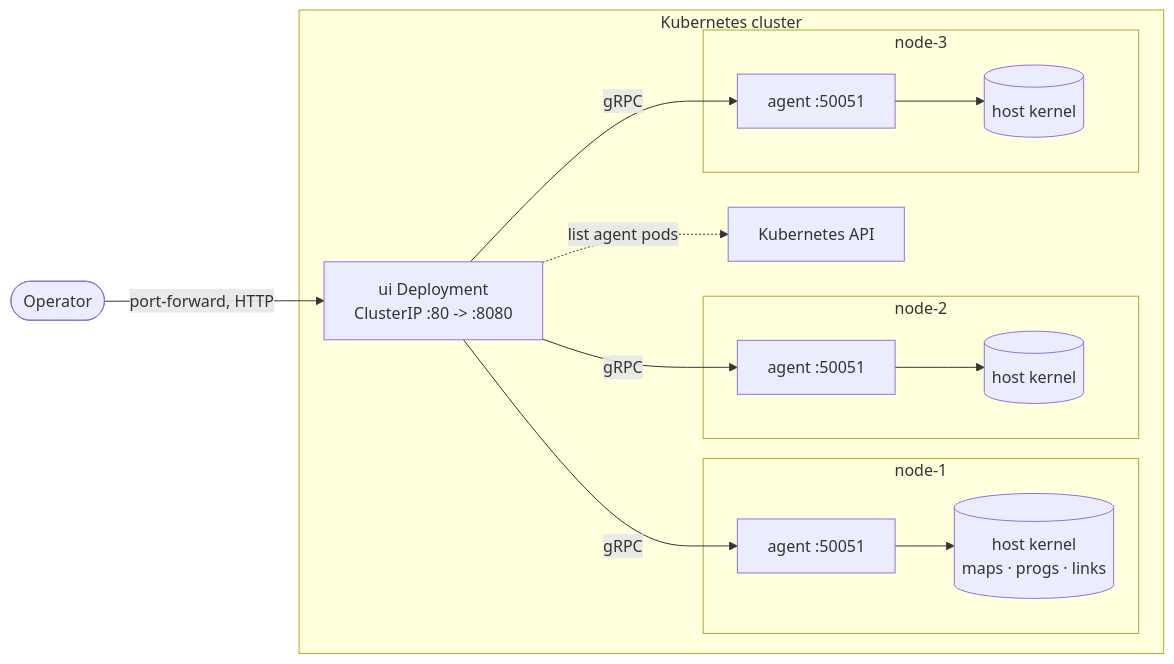
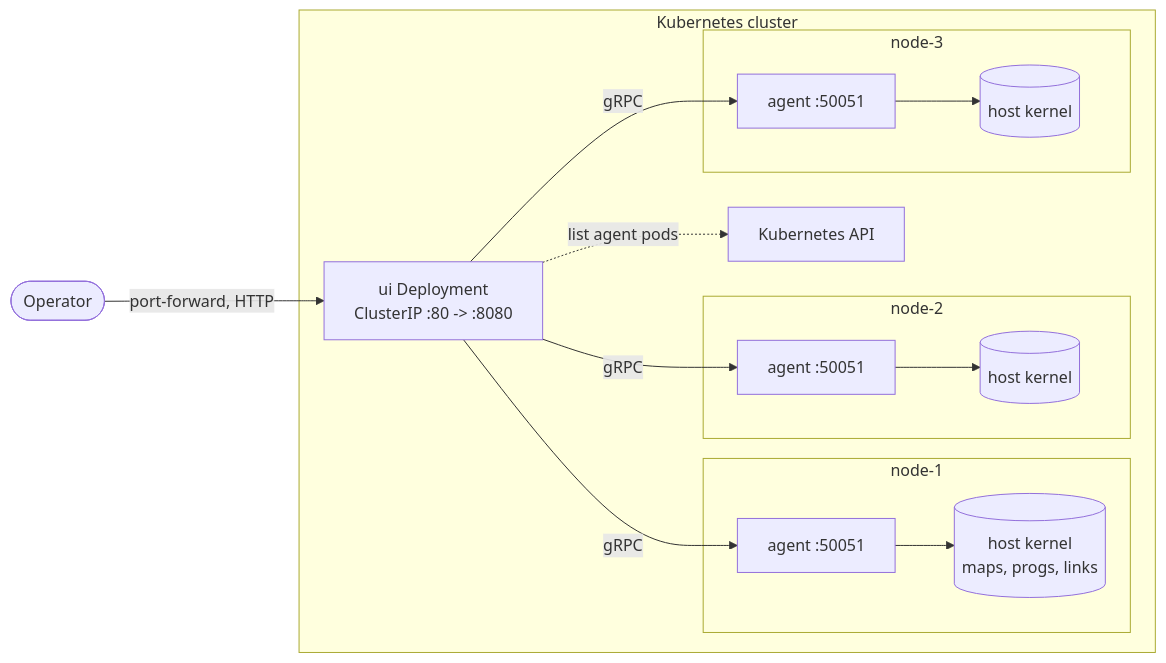
Before and after one commit to lazybpf/bpf-explorer: the diagram in README.md, drawn with Mermaid. The commit also changed other lines of this file, not shown here.

````diff
--- a/README.md
+++ b/README.md
@@ -30,33 +30,33 @@
 ```mermaid
 flowchart LR
     op(["Operator"])
 
     subgraph cluster["Kubernetes cluster"]
         api["Kubernetes API"]
         ui["ui Deployment<br/>ClusterIP :80 -> :8080"]
 
         subgraph n1["node-1"]
             a1["agent :50051"]
-            k1[("host kernel<br/>maps · progs · links")]
+            k1[("host kernel<br/>maps, progs, links")]
         end
 
         subgraph n2["node-2"]
             a2["agent :50051"]
             k2[("host kernel")]
         end
 
         subgraph n3["node-3"]
             a3["agent :50051"]
             k3[("host kernel")]
         end
     end
 
     op -->|"port-forward, HTTP"| ui
     ui -.->|"list agent pods"| api
     ui -->|gRPC| a1
     ui -->|gRPC| a2
     ui -->|gRPC| a3
     a1 --> k1
     a2 --> k2
     a3 --> k3
 ```
````
